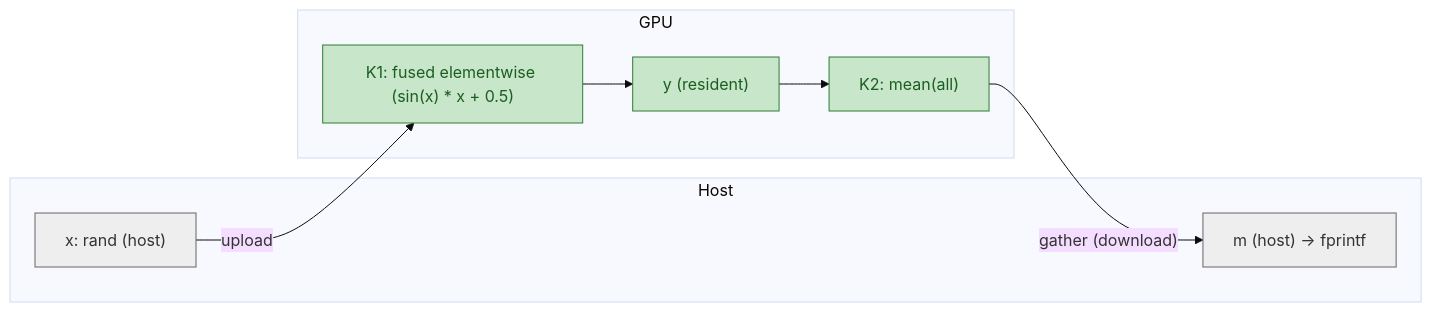
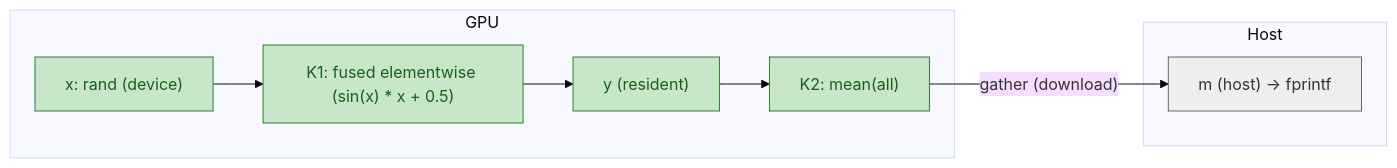
The fourth of 4 diagrams in docs/INTRODUCTION_TO_RUNMAT_GPU.md (runmat-org/runmat), drawn with Mermaid (base theme) before and after one commit. The commit also changed other lines of this file, not shown here.

````diff
--- a/docs/INTRODUCTION_TO_RUNMAT_GPU.md
+++ b/docs/INTRODUCTION_TO_RUNMAT_GPU.md
@@ -143,20 +146,20 @@
 ```mermaid
 graph LR
   subgraph Host
-    XH["x: rand (host)"]:::cpu
     MH["m (host) → fprintf"]:::cpu
   end
   subgraph GPU
+    XG["x: rand (device)"]:::gpu
     K1["K1: fused elementwise (sin(x) * x + 0.5)"]:::gpu
     YG["y (resident)"]:::gpu
     K2["K2: mean(all)"]:::gpu
   end
 
-  XH -- upload --> K1
+  XG --> K1
   K1 --> YG
   YG --> K2
   K2 -- gather (download) --> MH
 
   classDef gpu fill:#c8e6c9,stroke:#2e7d32,color:#1b5e20,stroke-width:1px;
   classDef cpu fill:#eeeeee,stroke:#666,color:#333,stroke-width:1px;
 ```
````
